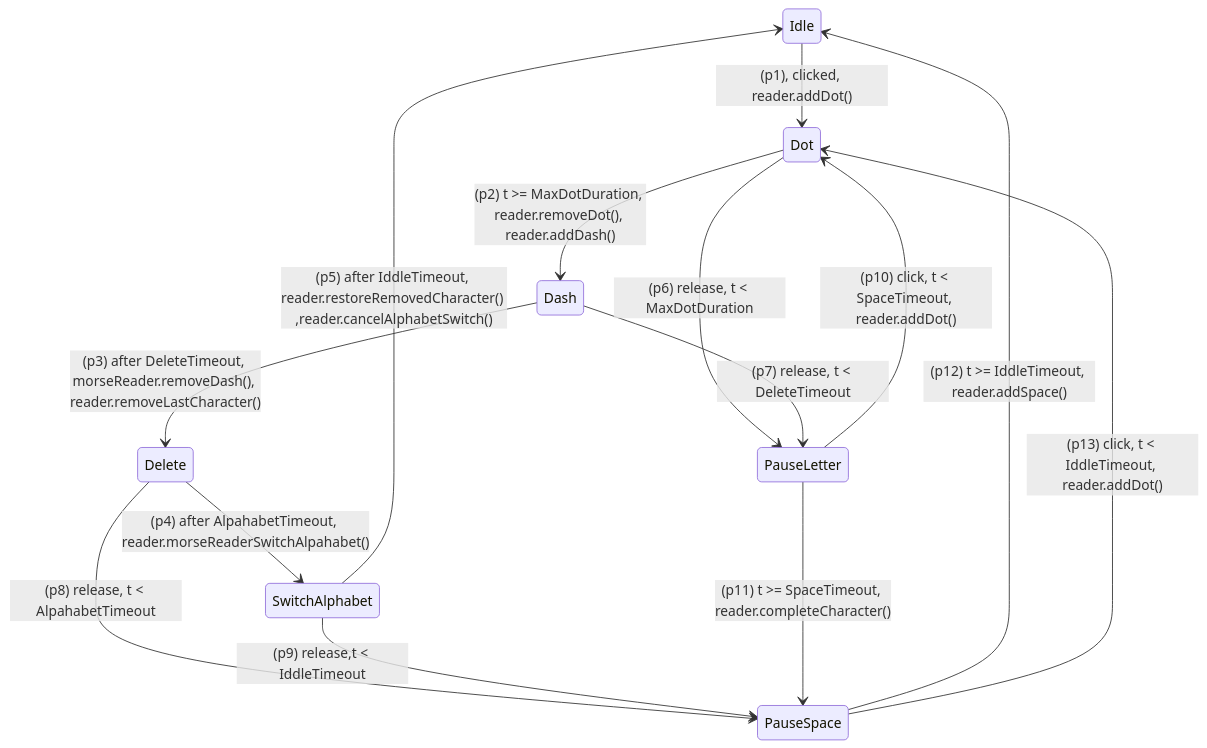
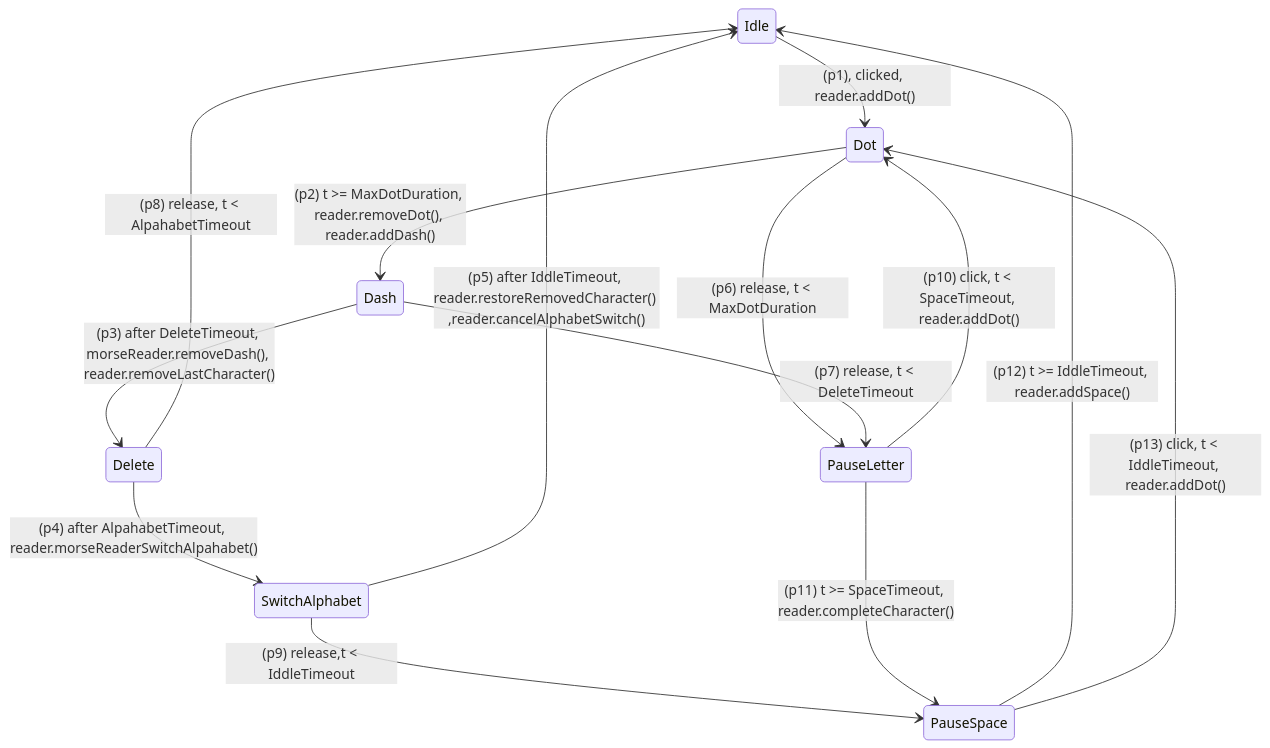
Before and after one commit to maxistar/morsetrainer-site: the first of 2 diagrams in readme.md, drawn with Mermaid. The commit also changed 3 other files, not shown here.

````diff
--- a/readme.md
+++ b/readme.md
@@ -20,30 +20,30 @@
 ```mermaid
 
 stateDiagram
     Idle --> Dot: (p1), clicked, reader.addDot()
     
     Dot --> Dash: (p2) t >= MaxDotDuration, reader.removeDot(), reader.addDash()
 
     Dash --> Delete: (p3) after DeleteTimeout, morseReader.removeDash(), reader.removeLastCharacter()
     
     Delete --> SwitchAlphabet: (p4) after AlpahabetTimeout, reader.morseReaderSwitchAlpahabet()
     
     SwitchAlphabet --> Idle: (p5) after IddleTimeout, reader.restoreRemovedCharacter() ,reader.cancelAlphabetSwitch()
     
     Dot --> PauseLetter: (p6) release, t < MaxDotDuration
     
     Dash --> PauseLetter: (p7) release, t < DeleteTimeout
 
-    Delete --> PauseSpace: (p8) release, t < AlpahabetTimeout
+    Delete --> Idle: (p8) release, t < AlpahabetTimeout
 
     SwitchAlphabet --> PauseSpace: (p9) release,t < IddleTimeout
 
     PauseLetter --> Dot: (p10) click, t < SpaceTimeout, reader.addDot()
 
     PauseLetter --> PauseSpace: (p11) t >= SpaceTimeout, reader.completeCharacter()
     
     PauseSpace --> Idle: (p12) t >= IddleTimeout, reader.addSpace()
     
     PauseSpace --> Dot: (p13) click, t < IddleTimeout, reader.addDot()
 
 ```
````
